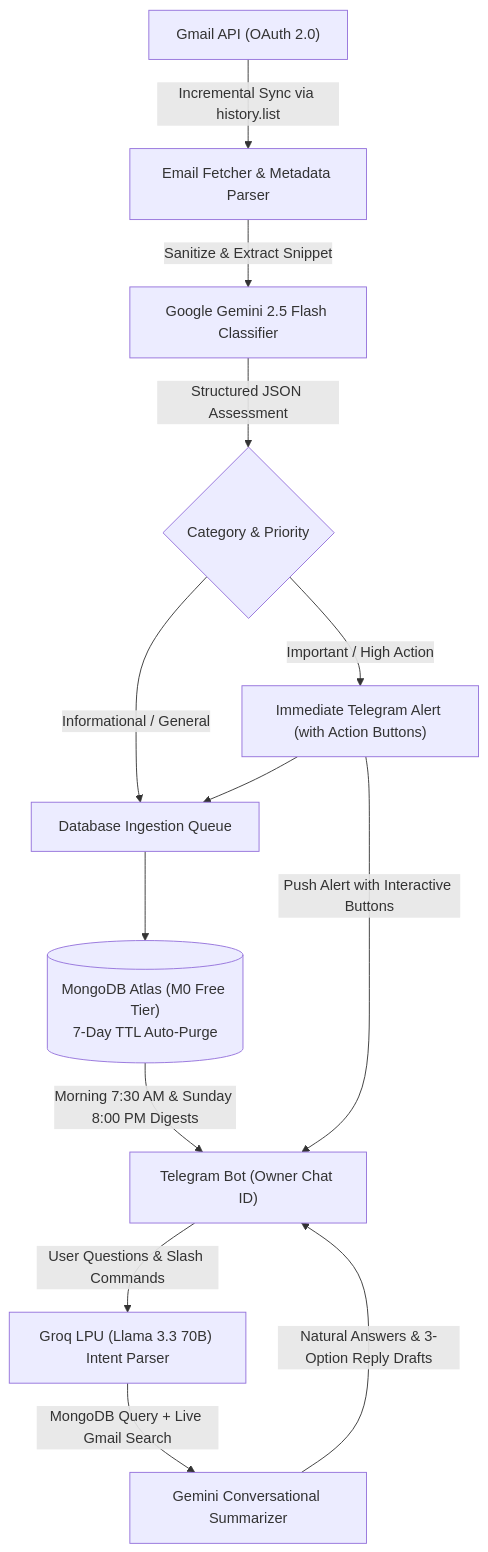
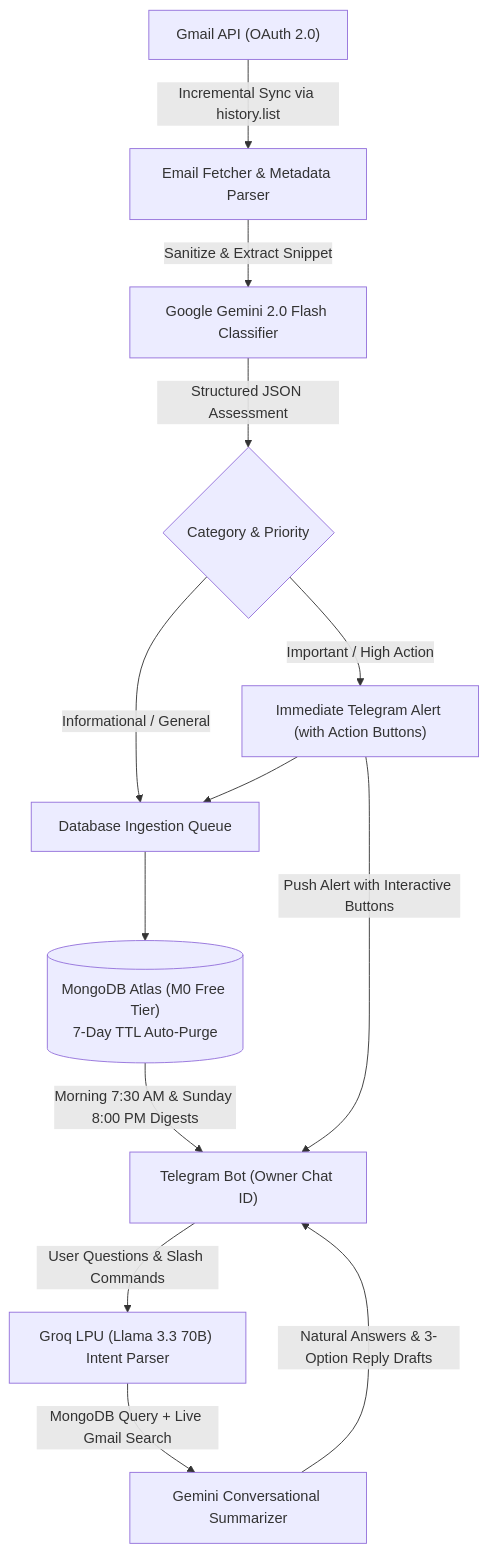
Before and after one commit to raghavendra-kumar04/ai_email_assistant: the diagram in README.md, drawn with Mermaid. The commit also changed other lines of this file and 5 other files, not shown here.

````diff
--- a/README.md
+++ b/README.md
@@ -49,20 +49,20 @@
 ```mermaid
 flowchart TD
     A["Gmail API (OAuth 2.0)"] -->|Incremental Sync via history.list| B["Email Fetcher & Metadata Parser"]
-    B -->|Sanitize & Extract Snippet| C["Google Gemini 2.5 Flash Classifier"]
+    B -->|Sanitize & Extract Snippet| C["Google Gemini 2.0 Flash Classifier"]
     
     C -->|Structured JSON Assessment| D{"Category & Priority"}
     
     D -->|Important / High Action| E["Immediate Telegram Alert (with Action Buttons)"]
     D -->|Informational / General| F["Database Ingestion Queue"]
     
     E --> F
     F --> G[("MongoDB Atlas (M0 Free Tier)<br/>7-Day TTL Auto-Purge")]
     
     G -->|Morning 7:30 AM & Sunday 8:00 PM Digests| H["Telegram Bot (Owner Chat ID)"]
     E -->|Push Alert with Interactive Buttons| H
     
     H -->|User Questions & Slash Commands| I["Groq LPU (Llama 3.3 70B) Intent Parser"]
     I -->|MongoDB Query + Live Gmail Search| J["Gemini Conversational Summarizer"]
     J -->|Natural Answers & 3-Option Reply Drafts| H
 ```
````
